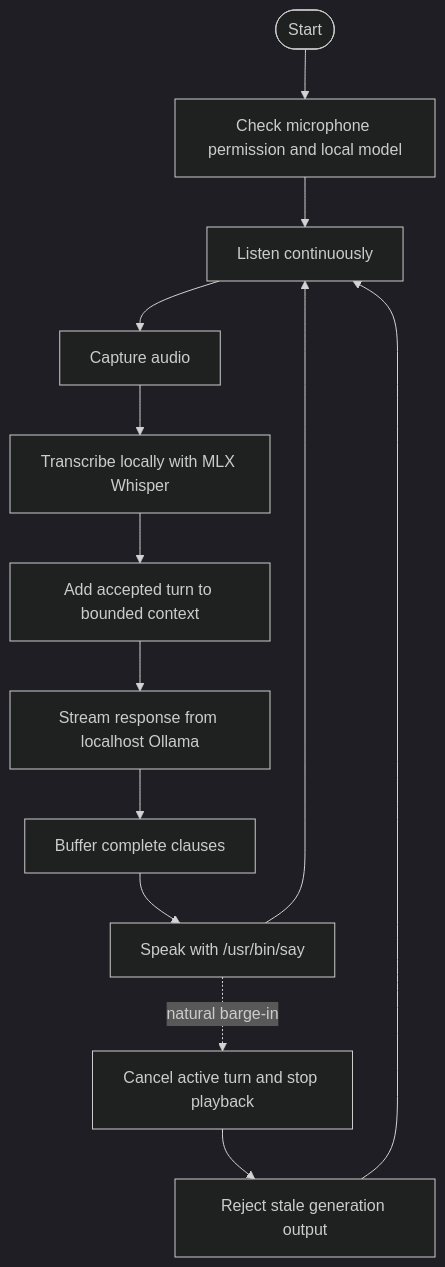
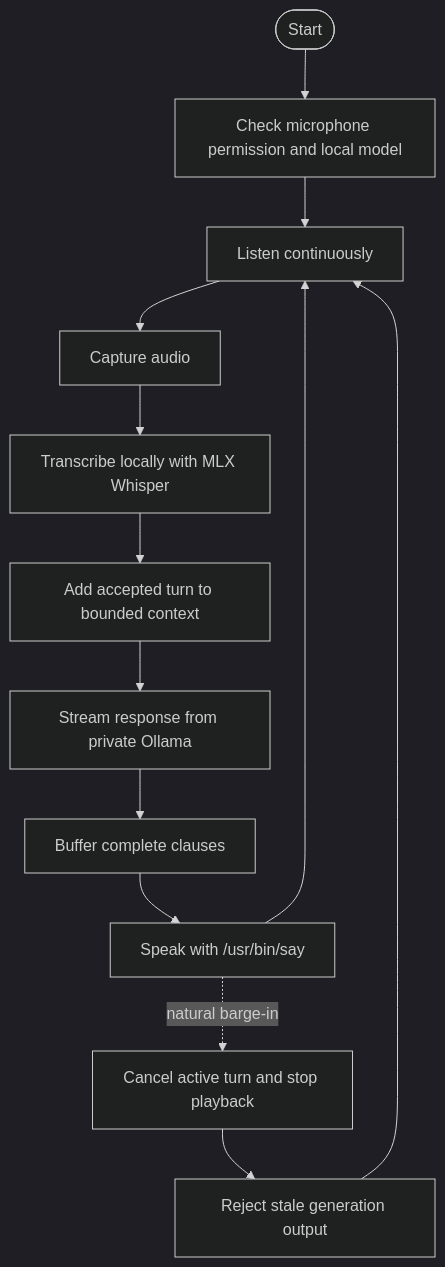
Before and after one commit to mauricechesteraguda/voice-command-ai-assistant: the third of 3 diagrams in README.md, drawn with Mermaid (dark theme). The commit also changed other lines of this file and 14 other files, not shown here.

````diff
--- a/README.md
+++ b/README.md
@@ -36,15 +77,15 @@
 ```mermaid
 flowchart TD
     Start([Start]) --> Ready[Check microphone permission and local model]
     Ready --> Listen[Listen continuously]
     Listen --> Capture[Capture audio]
     Capture --> Transcribe[Transcribe locally with MLX Whisper]
     Transcribe --> Prompt[Add accepted turn to bounded context]
-    Prompt --> Stream[Stream response from localhost Ollama]
+    Prompt --> Stream[Stream response from private Ollama]
     Stream --> Clause[Buffer complete clauses]
     Clause --> Speak[Speak with /usr/bin/say]
     Speak --> Listen
     Speak -. natural barge-in .-> Cancel[Cancel active turn and stop playback]
     Cancel --> Reject[Reject stale generation output]
     Reject --> Listen
 ```
````
